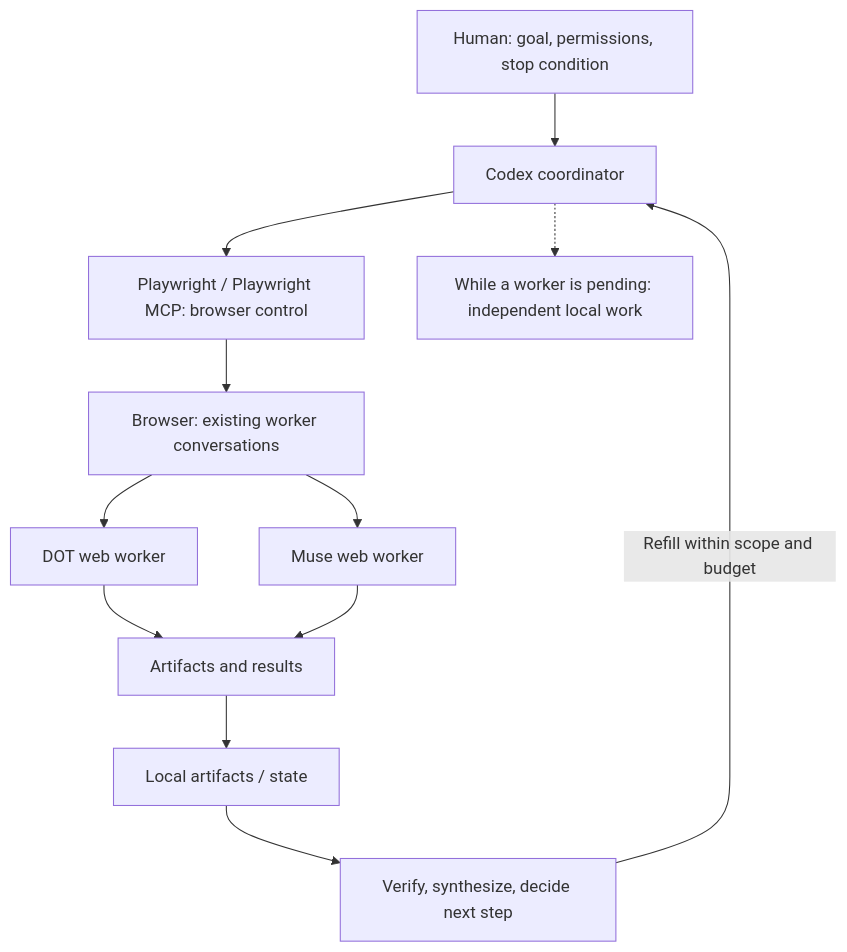
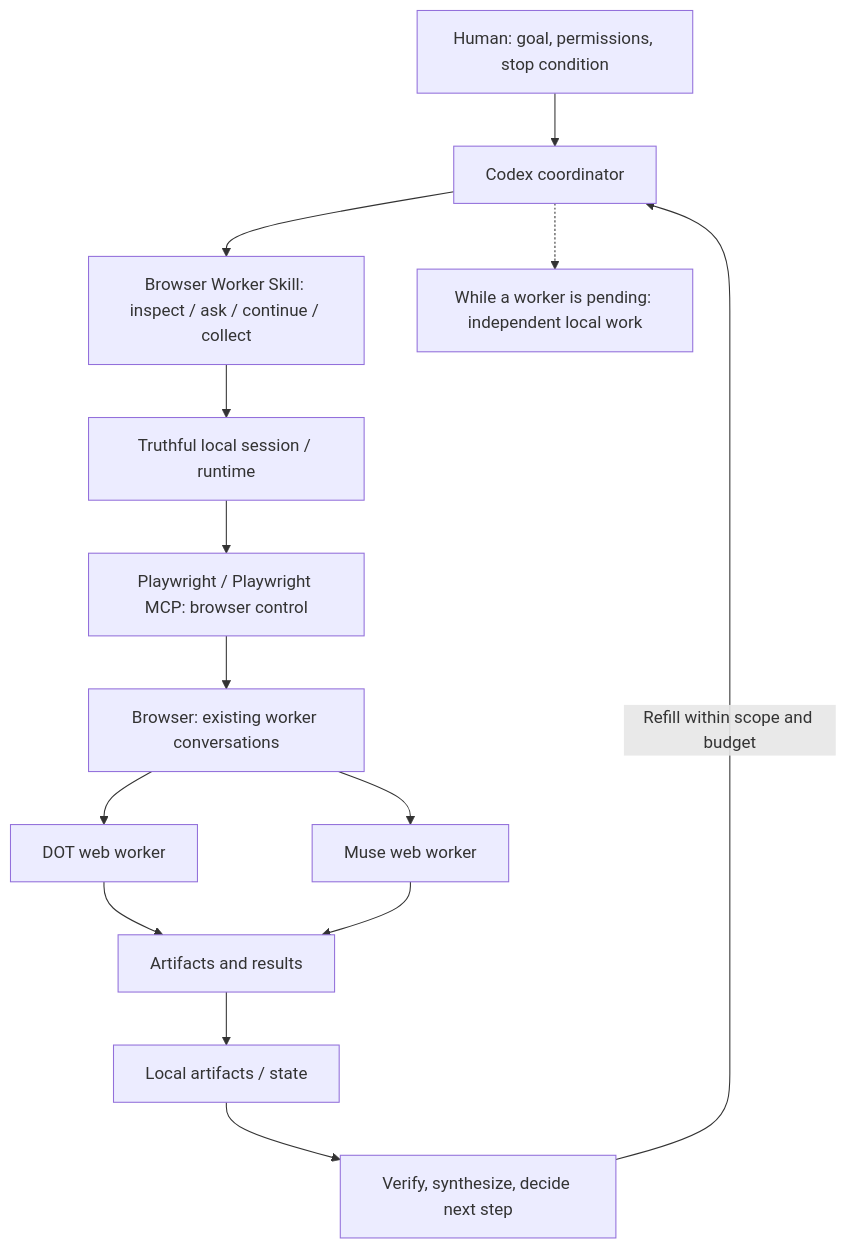
One commit to nihaldipak650-collab/codex-dot-muse-orchestration-log changed the diagram in README.md. Above: the diagram before and after it, drawn with Mermaid. The commit also changed other lines of this file and 12 other files, not shown here.

Commit message:
feat: add persistent browser-worker skill

````diff
--- a/README.md
+++ b/README.md
@@ -19,14 +21,16 @@
 ```mermaid
 flowchart TD
   H["Human: goal, permissions, stop condition"] --> C["Codex coordinator"]
-  C --> P["Playwright / Playwright MCP: browser control"]
+  C --> S["Browser Worker Skill: inspect / ask / continue / collect"]
+  S --> T["Truthful local session / runtime"]
+  T --> P["Playwright / Playwright MCP: browser control"]
   P --> B["Browser: existing worker conversations"]
   B --> D["DOT web worker"]
   B --> M["Muse web worker"]
   D --> A["Artifacts and results"]
   M --> A
   A --> E["Local artifacts / state"]
   E --> V["Verify, synthesize, decide next step"]
   V -->|"Refill within scope and budget"| C
   C -.-> W["While a worker is pending: independent local work"]
 ```
````
